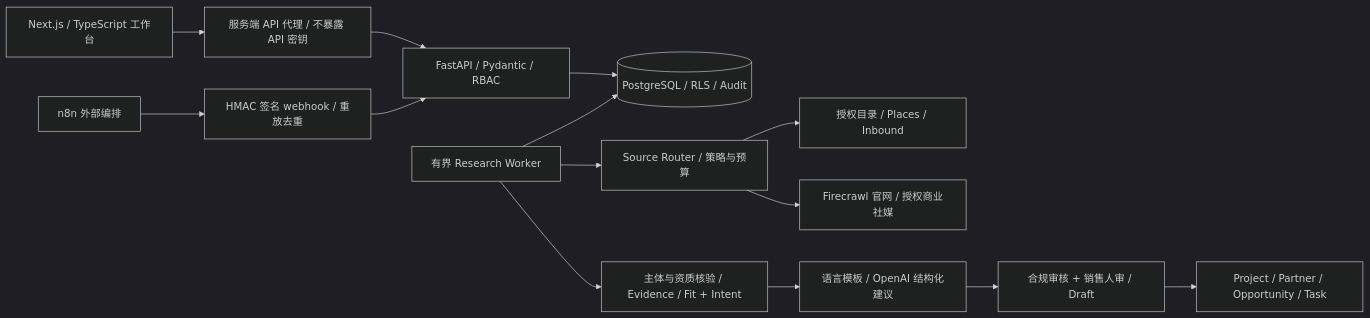
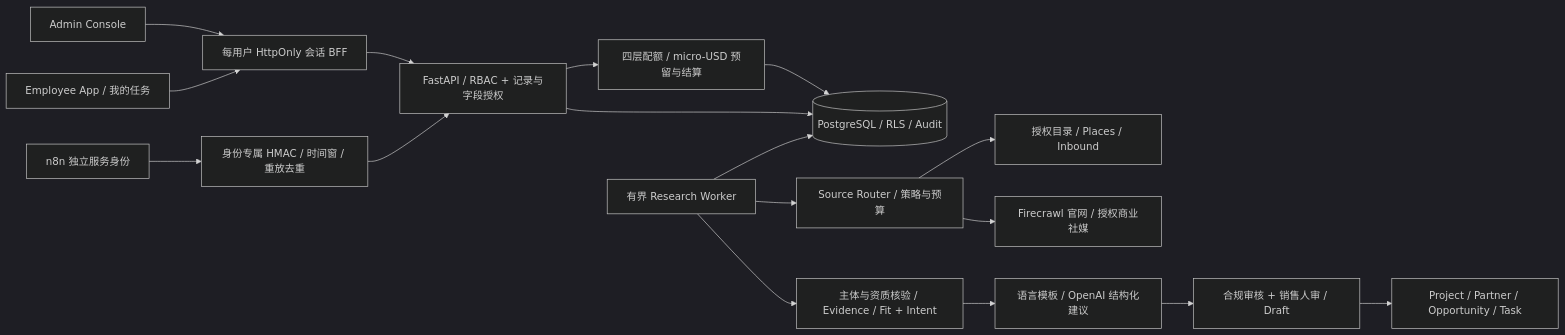
One commit to ryanshang2024/codex-cloud-nexa changed the diagram in docs/architecture.md. Above: the diagram before and after it, drawn with Mermaid (dark theme). The commit also changed other lines of this file and 67 other files, not shown here.

````diff
--- a/docs/architecture.md
+++ b/docs/architecture.md
@@ -7,16 +7,19 @@
 ```mermaid
 flowchart LR
- UI[Next.js / TypeScript 工作台] --> BFF[服务端 API 代理 / 不暴露 API 密钥]
- BFF --> API[FastAPI / Pydantic / RBAC]
+ ADMIN[Admin Console] --> BFF[每用户 HttpOnly 会话 BFF]
+ EMP[Employee App / 我的任务] --> BFF
+ BFF --> API[FastAPI / RBAC + 记录与字段授权]
+ API --> U[四层配额 / micro-USD 预留与结算]
+ U --> PG
  API --> PG[(PostgreSQL / RLS / Audit)]
  W[有界 Research Worker] --> PG
  W --> R[Source Router / 策略与预算]
  R --> D[授权目录 / Places / Inbound]
  R --> E[Firecrawl 官网 / 授权商业社媒]
  W --> Q[主体与资质核验 / Evidence / Fit + Intent]
  Q --> G[语言模板 / OpenAI 结构化建议]
  G --> H[合规审核 + 销售人审 / Draft]
  H --> CRM[Project / Partner / Opportunity / Task]
- N[n8n 外部编排] --> S[HMAC 签名 webhook / 重放去重]
+ N[n8n 独立服务身份] --> S[身份专属 HMAC / 时间窗 / 重放去重]
  S --> API
 ```
````
